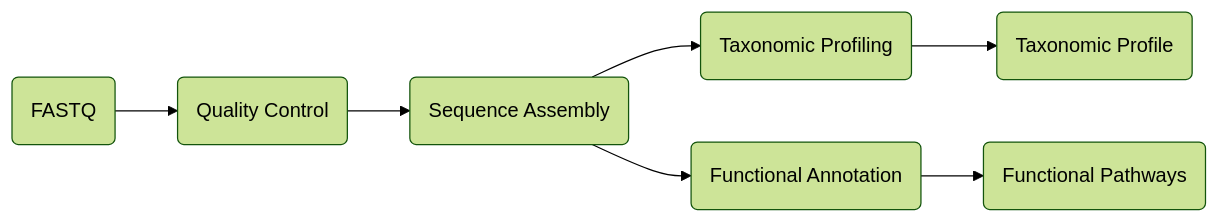
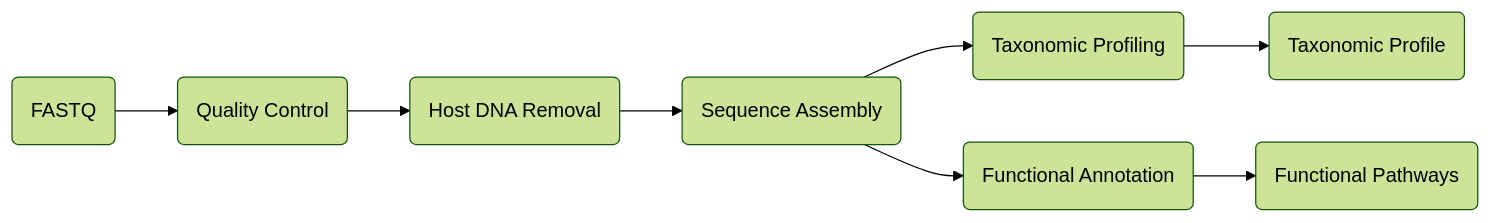
Before and after one commit to pankajchejara23/bioinformatics_book: the diagram in raw_to_data.qmd, drawn with Mermaid (forest theme). The commit also changed other lines of this file and 38 other files, not shown here.

````diff
--- a/raw_to_data.qmd
+++ b/raw_to_data.qmd
@@ -11,10 +9,11 @@
 ```{mermaid}
 flowchart LR
     A(FASTQ) --> B(Quality Control)
-    B --> C(Sequence Assembly)
+    B --> I(Host DNA Removal)
+    I --> C(Sequence Assembly)
     C --> D(Taxonomic Profiling)
     C --> E(Functional Annotation)
     D --> F(Taxonomic Profile)
     E --> G(Functional Pathways)
 
 ```
````
